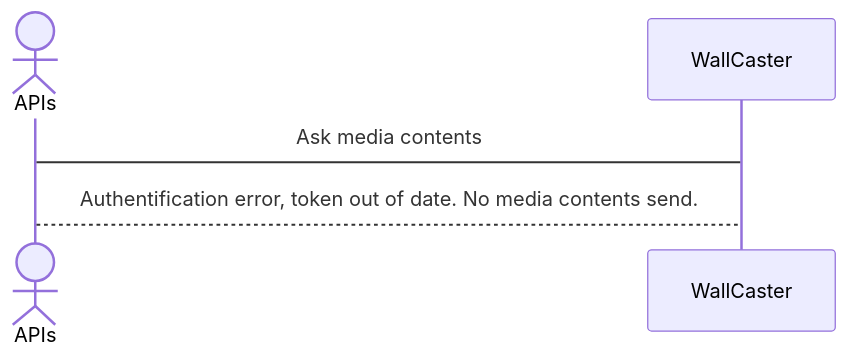
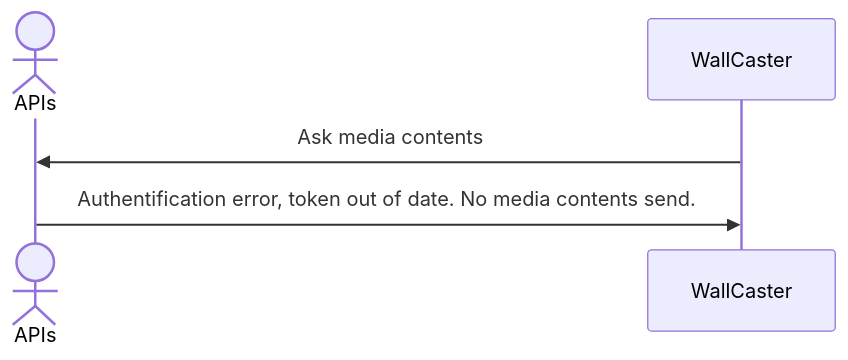
The seventh of 16 diagrams in doc/analisis-report.md (WallCaster/WallCaster), drawn with Mermaid before and after one commit. The commit also changed other lines of this file, not shown here.

Commit message:
update diagrames séquence

````diff
--- a/doc/analisis-report.md
+++ b/doc/analisis-report.md
@@ -149,8 +149,8 @@
 ```mermaid
 sequenceDiagram
   actor APIs
   participant Sys as WallCaster
 
-Sys -> APIs : Ask media contents
-APIs --> Sys : Authentification error, token out of date. No media contents send.
+Sys ->> APIs : Ask media contents
+APIs ->> Sys : Authentification error, token out of date. No media contents send.
 ```
````
